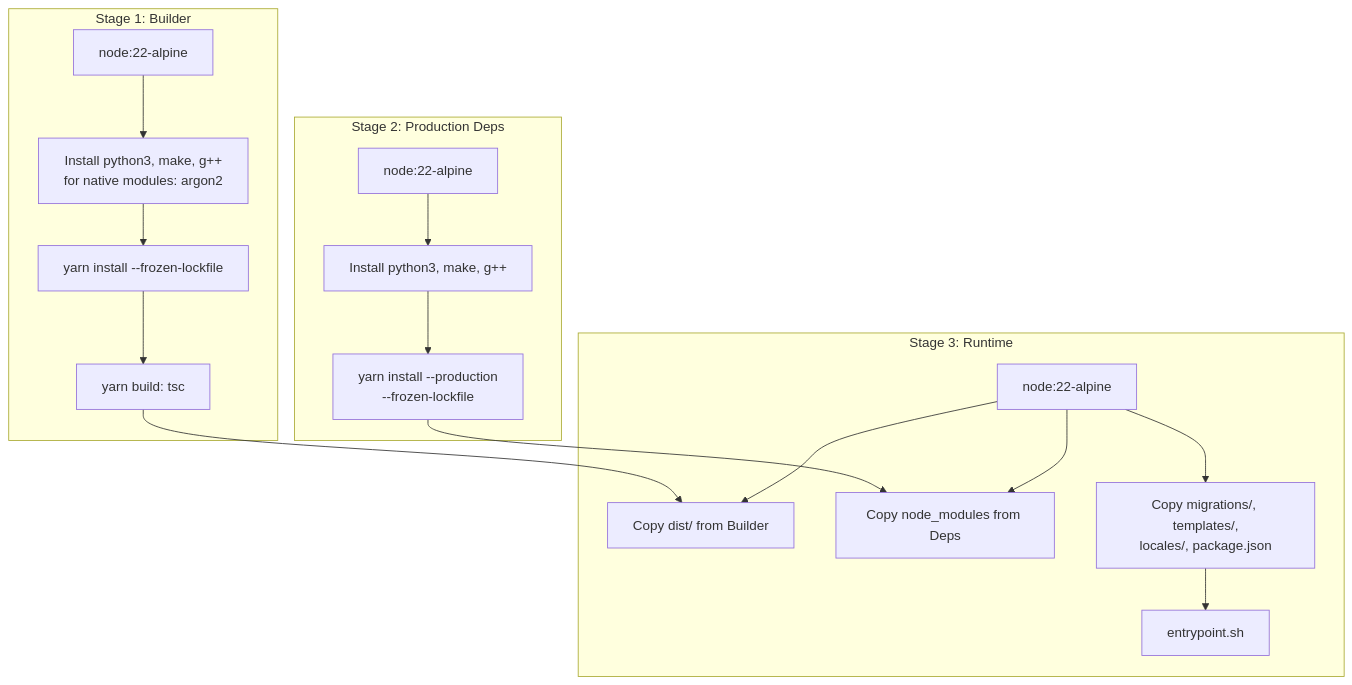
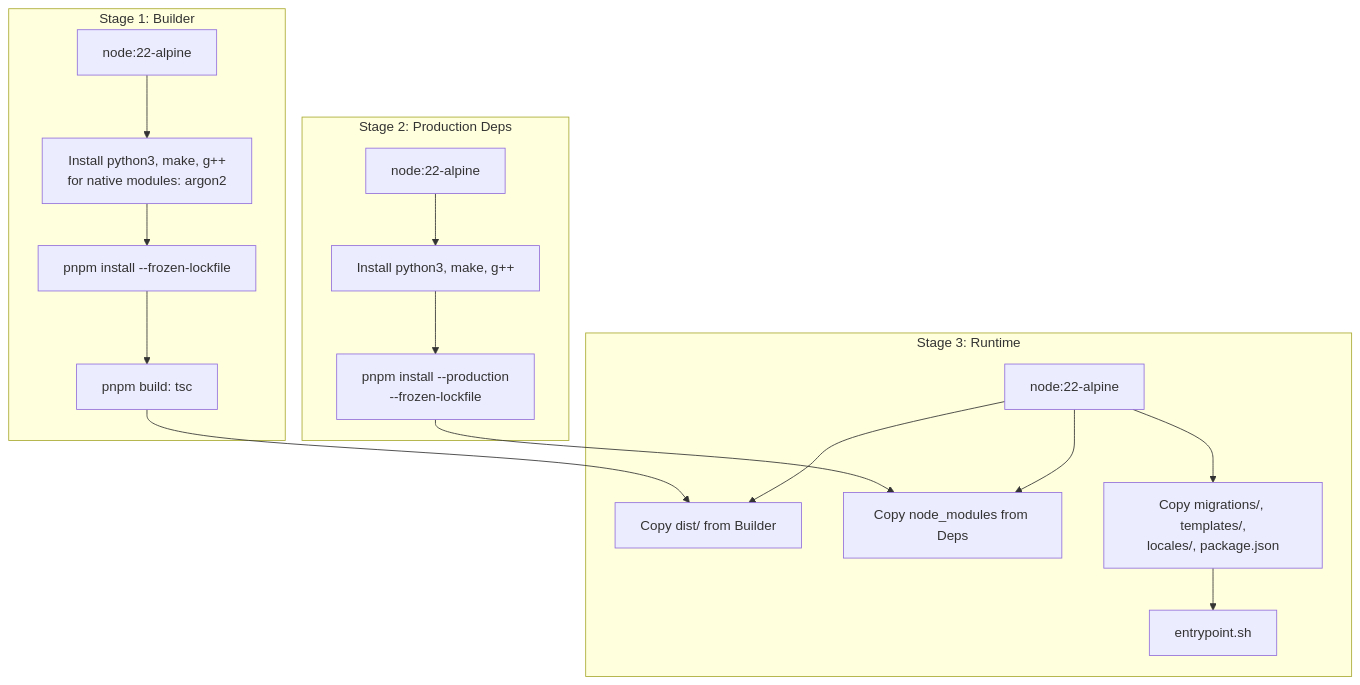
The third of 5 diagrams in techdocs/architecture/infrastructure.md (blendsdk/porta-identity), drawn with Mermaid before and after one commit. The commit also changed other lines of this file and 29 other files, not shown here.

````diff
--- a/techdocs/architecture/infrastructure.md
+++ b/techdocs/architecture/infrastructure.md
@@ -65,26 +65,26 @@
 ```mermaid
 graph TB
     subgraph "Stage 1: Builder"
         S1[node:22-alpine]
         S1 --> DEPS1[Install python3, make, g++<br/>for native modules: argon2]
-        DEPS1 --> YARN1[yarn install --frozen-lockfile]
-        YARN1 --> BUILD[yarn build: tsc]
+        DEPS1 --> YARN1[pnpm install --frozen-lockfile]
+        YARN1 --> BUILD[pnpm build: tsc]
     end
 
     subgraph "Stage 2: Production Deps"
         S2[node:22-alpine]
         S2 --> DEPS2[Install python3, make, g++]
-        DEPS2 --> YARN2[yarn install --production<br/>--frozen-lockfile]
+        DEPS2 --> YARN2[pnpm install --production<br/>--frozen-lockfile]
     end
 
     subgraph "Stage 3: Runtime"
         S3[node:22-alpine]
         S3 --> COPY1[Copy dist/ from Builder]
         S3 --> COPY2[Copy node_modules from Deps]
         S3 --> COPY3[Copy migrations/, templates/,<br/>locales/, package.json]
         COPY3 --> ENTRY[entrypoint.sh]
     end
 
     BUILD --> COPY1
     YARN2 --> COPY2
 ```
````
